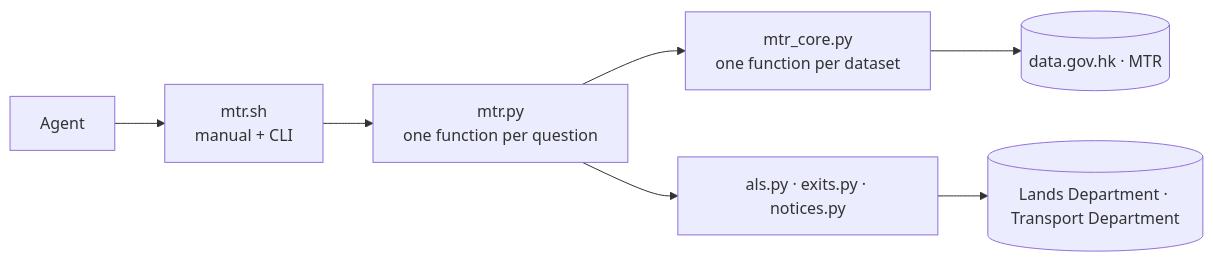
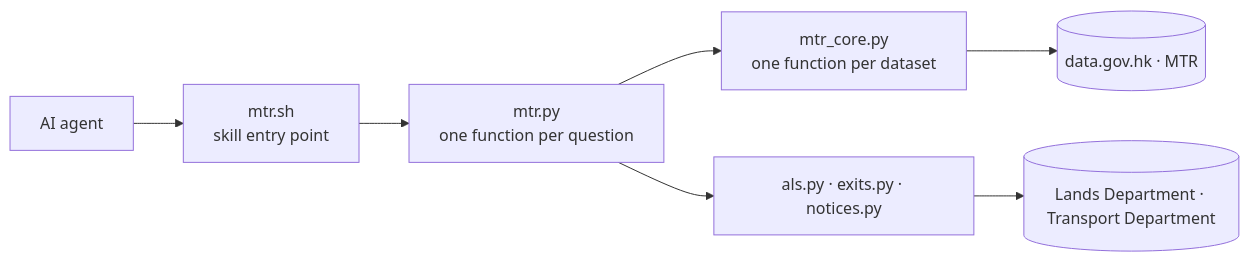
Before and after one commit to gnokit/hk-transport: the diagram in README.md, drawn with Mermaid. The commit also changed other lines of this file and 5 other files, not shown here.

Commit message:
Frame the project as an AI agent skill for Hong Kong transport, with MTR as phase 1.

````diff
--- a/README.md
+++ b/README.md
@@ -105,9 +118,9 @@
 ```mermaid
 graph LR
-  A[Agent] --> B[mtr.sh<br/>manual + CLI]
+  A[AI agent] --> B[mtr.sh<br/>skill entry point]
   B --> C[mtr.py<br/>one function per question]
   C --> D[mtr_core.py<br/>one function per dataset]
   C --> E[als.py · exits.py · notices.py]
   D --> F[(data.gov.hk · MTR)]
   E --> G[(Lands Department · Transport Department)]
 ```
````
